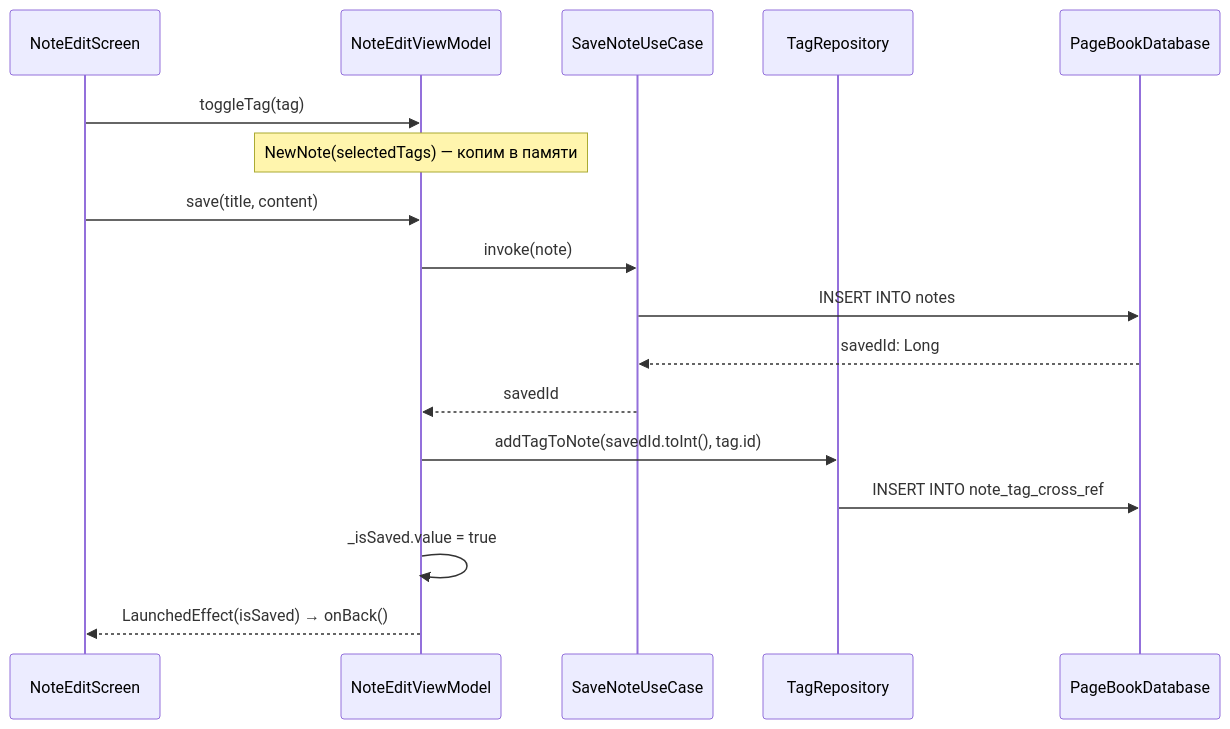
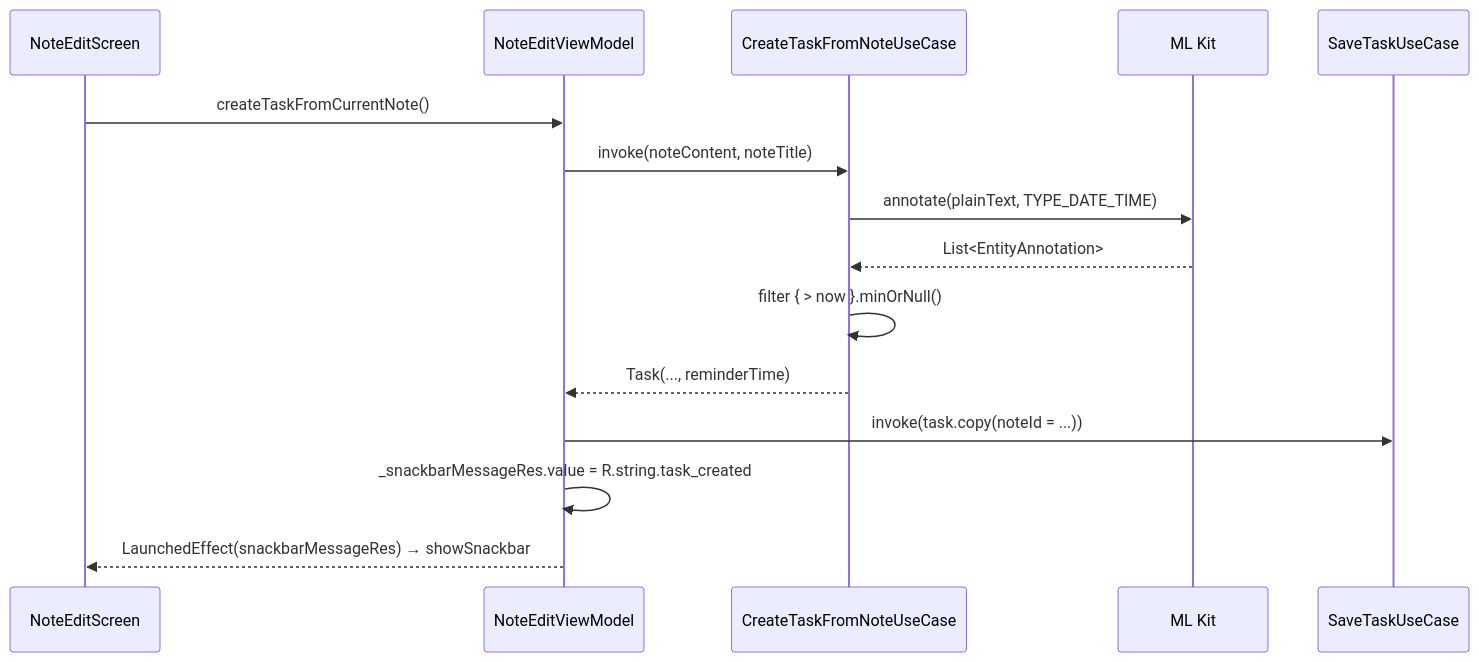
One commit to MaxGog/pagebook-android changed the first of 2 diagrams in docs/ARCHITECTURE.md. Above: the diagram before and after it, drawn with Mermaid. The commit also changed other lines of this file and 38 other files, not shown here.

````diff
--- a/docs/ARCHITECTURE.md
+++ b/docs/ARCHITECTURE.md
@@ -298,20 +177,18 @@
 ```mermaid
 sequenceDiagram
     participant UI as NoteEditScreen
     participant VM as NoteEditViewModel
-    participant Save as SaveNoteUseCase
-    participant TagRepo as TagRepository
-    participant DB as PageBookDatabase
+    participant UC as CreateTaskFromNoteUseCase
+    participant ML as ML Kit
+    participant Save as SaveTaskUseCase
 
-    UI->>VM: toggleTag(tag)
-    Note over VM: NewNote(selectedTags) — копим в памяти
-    UI->>VM: save(title, content)
-    VM->>Save: invoke(note)
-    Save->>DB: INSERT INTO notes
-    DB-->>Save: savedId: Long
-    Save-->>VM: savedId
-    VM->>TagRepo: addTagToNote(savedId.toInt(), tag.id)
-    TagRepo->>DB: INSERT INTO note_tag_cross_ref
-    VM->>VM: _isSaved.value = true
-    VM-->>UI: LaunchedEffect(isSaved) → onBack()
+    UI->>VM: createTaskFromCurrentNote()
+    VM->>UC: invoke(noteContent, noteTitle)
+    UC->>ML: annotate(plainText, TYPE_DATE_TIME)
+    ML-->>UC: List<EntityAnnotation>
+    UC->>UC: filter { > now }.minOrNull()
+    UC-->>VM: Task(..., reminderTime)
+    VM->>Save: invoke(task.copy(noteId = ...))
+    VM->>VM: _snackbarMessageRes.value = R.string.task_created
+    VM-->>UI: LaunchedEffect(snackbarMessageRes) → showSnackbar
 ```
````
